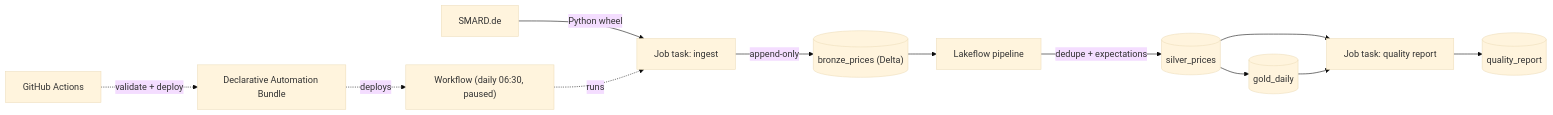
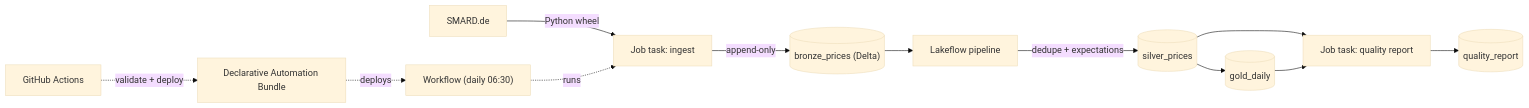
Before and after one commit to kaeldrin-gh/databricks-energy-quality: the diagram in README.md, drawn with Mermaid (base theme). The commit also changed other lines of this file and 1 other file, not shown here.

First line of the commit message:
Run the daily job on schedule

````diff
--- a/README.md
+++ b/README.md
@@ -31,14 +31,14 @@
 ```mermaid
 flowchart LR
     SMARD["SMARD.de"] -->|"Python wheel"| I["Job task: ingest"]
     I -->|append-only| B[("bronze_prices (Delta)")]
     B --> P["Lakeflow pipeline"]
     P -->|"dedupe + expectations"| S[("silver_prices")]
     S --> G[("gold_daily")]
     S --> Q["Job task: quality report"]
     G --> Q
     Q --> R[("quality_report")]
-    W["Workflow (daily 06:30, paused)"] -.runs.-> I
+    W["Workflow (daily 06:30)"] -.runs.-> I
     T["Declarative Automation Bundle"] -.deploys.-> W
     C["GitHub Actions"] -.validate + deploy.-> T
 ```
````
